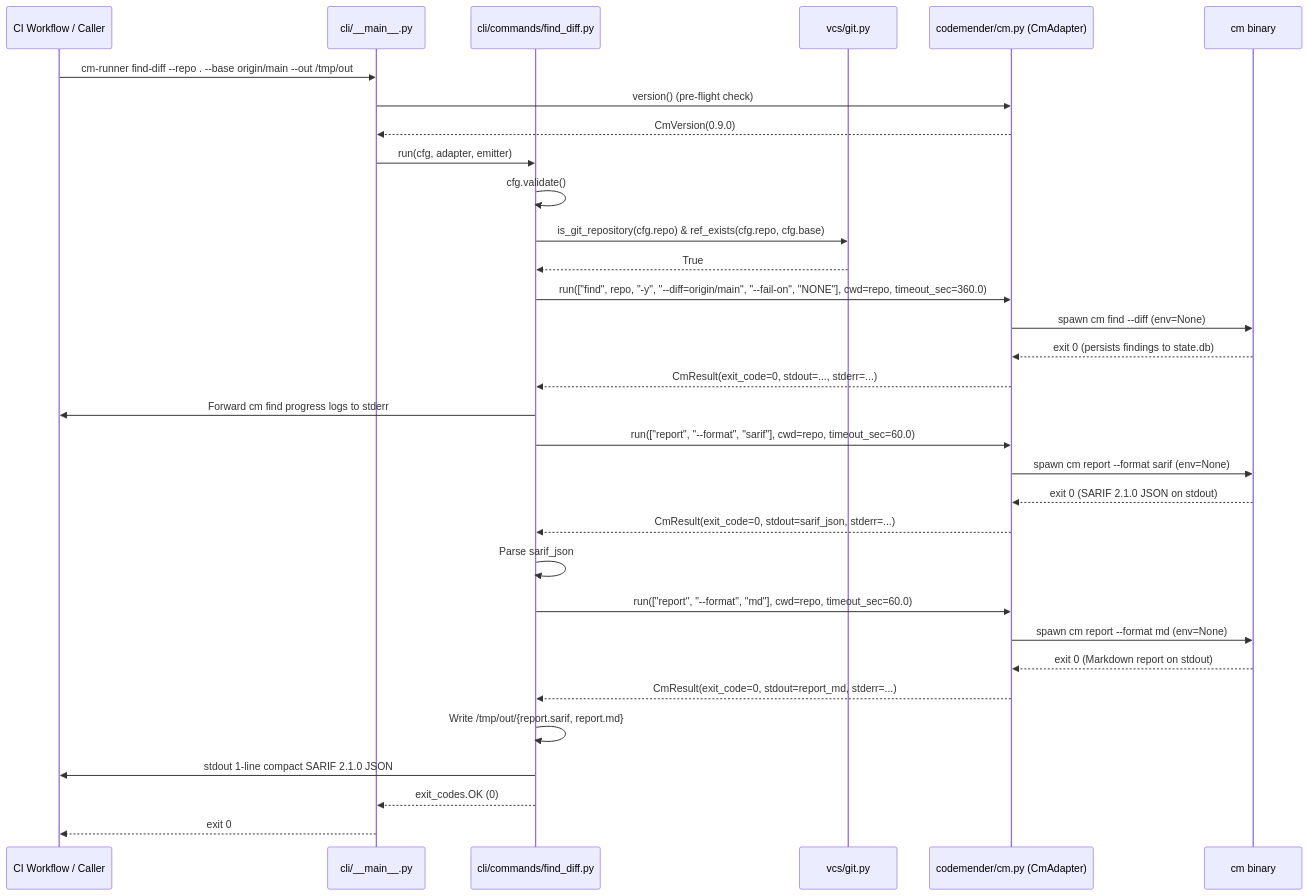
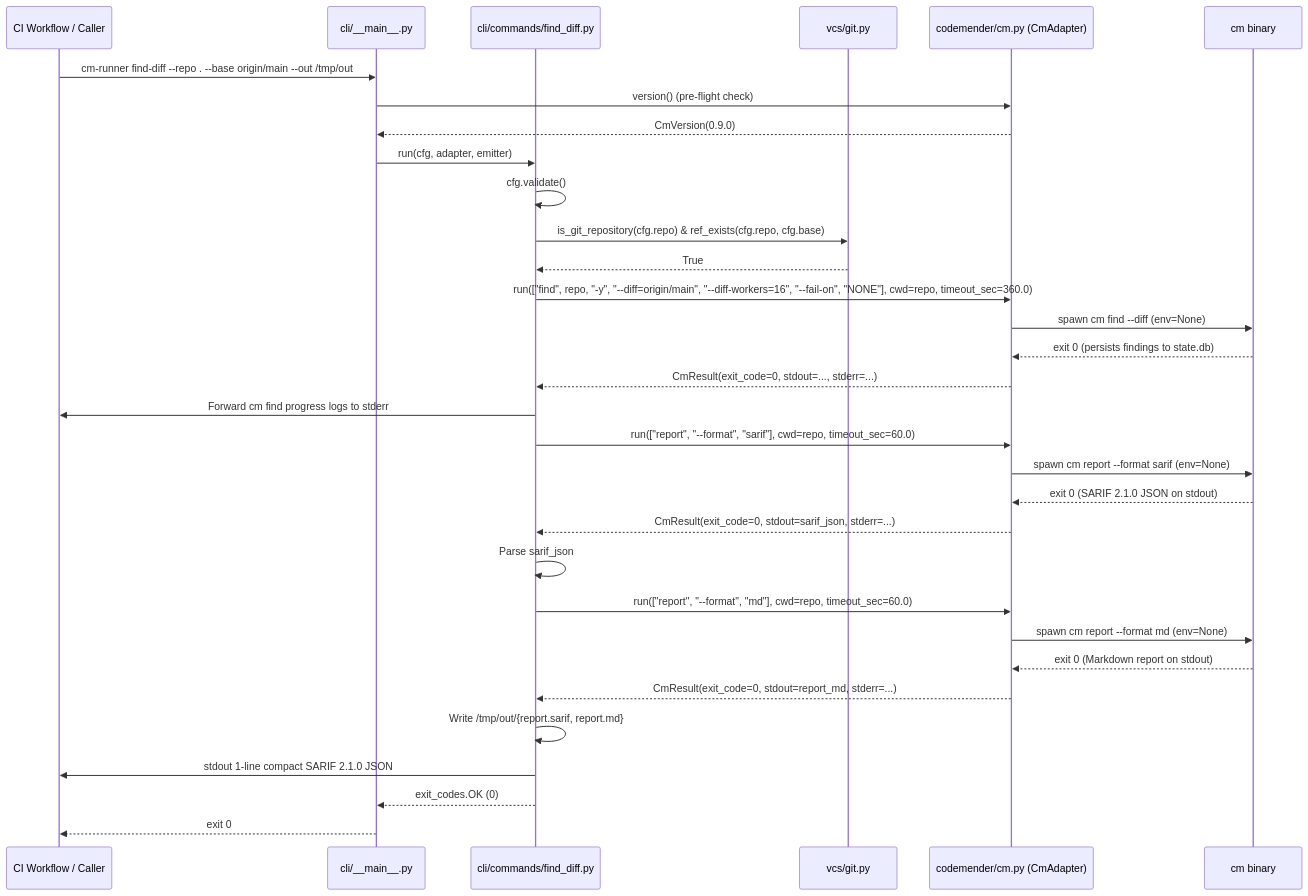
The second of 2 diagrams in docs/openspec/specs/find-diff/design.md (avnit/codemender-runner-mcp), drawn with Mermaid before and after one commit. The commit also changed other lines of this file and 10 other files, not shown here.

First line of the commit message:
feat(github-actions): integrate cm-runner init and find-diff for M1 PR scans. (#39)

````diff
--- a/docs/openspec/specs/find-diff/design.md
+++ b/docs/openspec/specs/find-diff/design.md
@@ -198,35 +202,35 @@
 ```mermaid
 sequenceDiagram
     participant Caller as CI Workflow / Caller
     participant Main as cli/__main__.py
     participant Cmd as cli/commands/find_diff.py
     participant Git as vcs/git.py
     participant Adapter as codemender/cm.py (CmAdapter)
     participant CM as cm binary
 
     Caller->>Main: cm-runner find-diff --repo . --base origin/main --out /tmp/out
     Main->>Adapter: version() (pre-flight check)
     Adapter-->>Main: CmVersion(0.9.0)
     Main->>Cmd: run(cfg, adapter, emitter)
     Cmd->>Cmd: cfg.validate()
     Cmd->>Git: is_git_repository(cfg.repo) & ref_exists(cfg.repo, cfg.base)
     Git-->>Cmd: True
-    Cmd->>Adapter: run(["find", repo, "-y", "--diff=origin/main", "--fail-on", "NONE"], cwd=repo, timeout_sec=360.0)
+    Cmd->>Adapter: run(["find", repo, "-y", "--diff=origin/main", "--diff-workers=16", "--fail-on", "NONE"], cwd=repo, timeout_sec=360.0)
     Adapter->>CM: spawn cm find --diff (env=None)
     CM-->>Adapter: exit 0 (persists findings to state.db)
     Adapter-->>Cmd: CmResult(exit_code=0, stdout=..., stderr=...)
     Cmd->>Caller: Forward cm find progress logs to stderr
     Cmd->>Adapter: run(["report", "--format", "sarif"], cwd=repo, timeout_sec=60.0)
     Adapter->>CM: spawn cm report --format sarif (env=None)
     CM-->>Adapter: exit 0 (SARIF 2.1.0 JSON on stdout)
     Adapter-->>Cmd: CmResult(exit_code=0, stdout=sarif_json, stderr=...)
     Cmd->>Cmd: Parse sarif_json
     Cmd->>Adapter: run(["report", "--format", "md"], cwd=repo, timeout_sec=60.0)
     Adapter->>CM: spawn cm report --format md (env=None)
     CM-->>Adapter: exit 0 (Markdown report on stdout)
     Adapter-->>Cmd: CmResult(exit_code=0, stdout=report_md, stderr=...)
     Cmd->>Cmd: Write /tmp/out/{report.sarif, report.md}
     Cmd->>Caller: stdout 1-line compact SARIF 2.1.0 JSON
     Cmd-->>Main: exit_codes.OK (0)
     Main-->>Caller: exit 0
 ```
````
